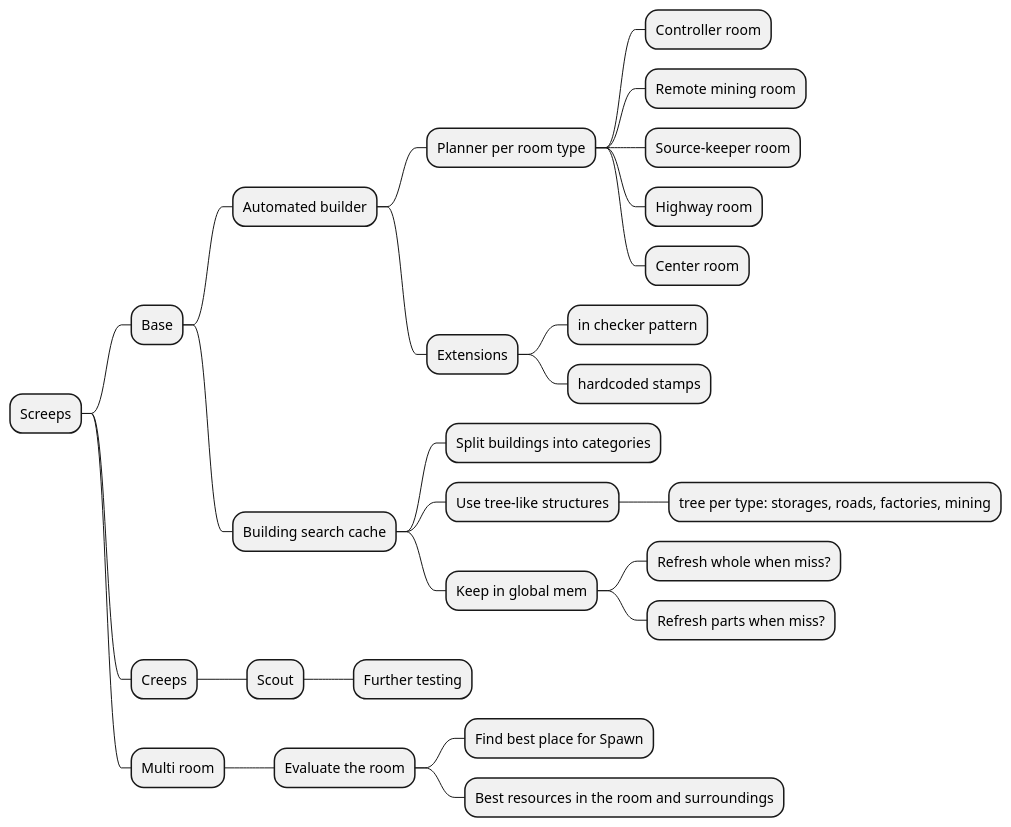
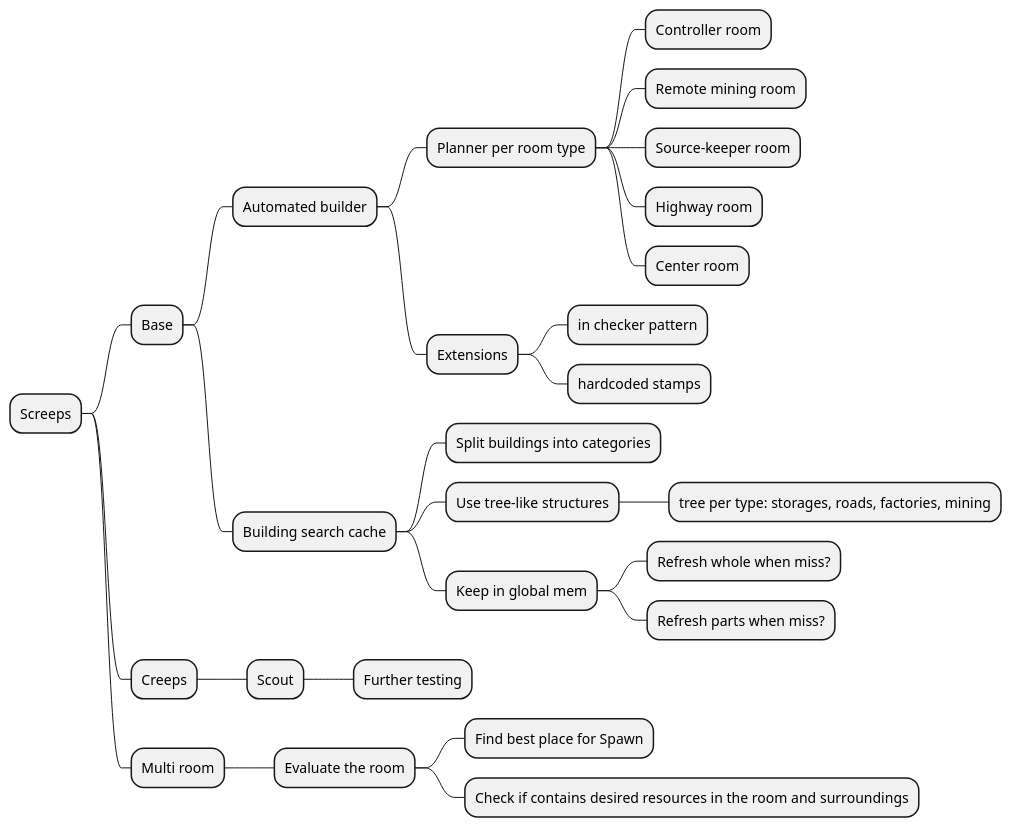
One commit to tomekbielaszewski/screeps-typescript changed the diagram in docs/mindmap.puml. Above: the diagram before and after it, drawn with PlantUML.

Commit message:
mind map: corrected description

```diff
--- a/docs/mindmap.puml
+++ b/docs/mindmap.puml
@@ -1,32 +1,32 @@
 @startmindmap
 * Screeps
 
 ** Base
 *** Automated builder
 **** Planner per room type
 ***** Controller room
 ***** Remote mining room
 ***** Source-keeper room
 ***** Highway room
 ***** Center room
 **** Extensions
 ***** in checker pattern
 ***** hardcoded stamps
 *** Building search cache
 **** Split buildings into categories
 **** Use tree-like structures
 ***** tree per type: storages, roads, factories, mining
 **** Keep in global mem
 ***** Refresh whole when miss?
 ***** Refresh parts when miss?
 
 ** Creeps
 *** Scout
 **** Further testing
 
 ** Multi room
 *** Evaluate the room
 **** Find best place for Spawn
-**** Best resources in the room and surroundings
+**** Check if contains desired resources in the room and surroundings
 
 @endmindmap
```
